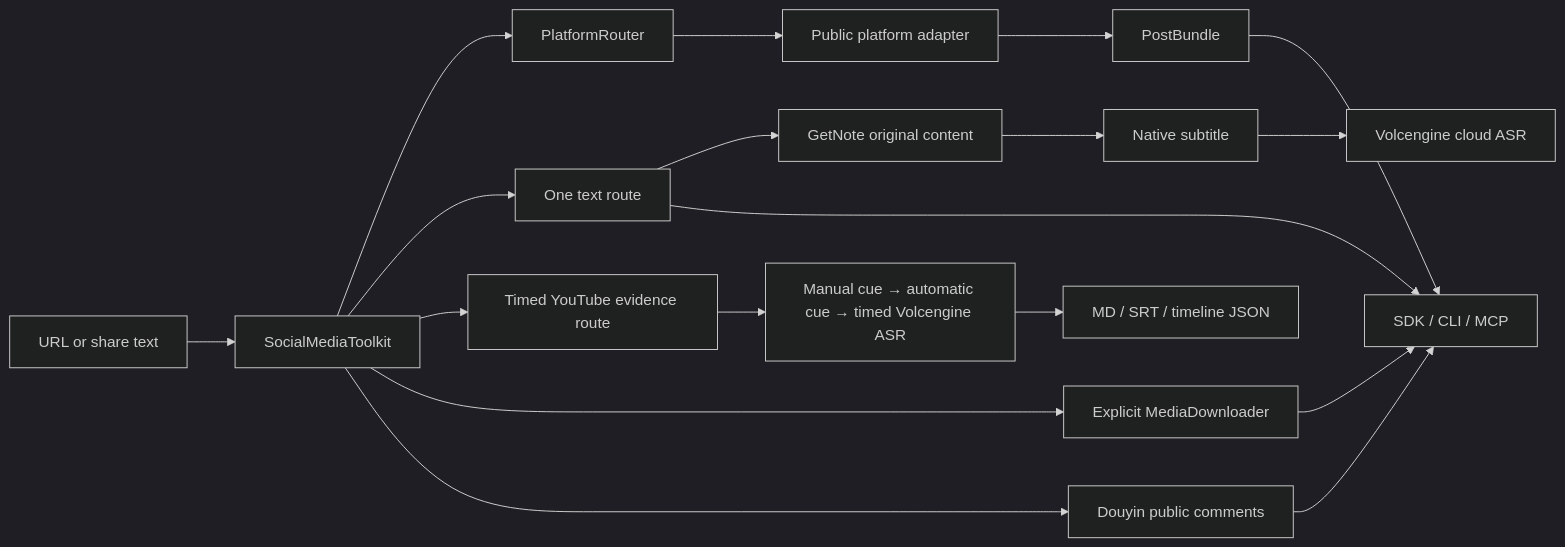
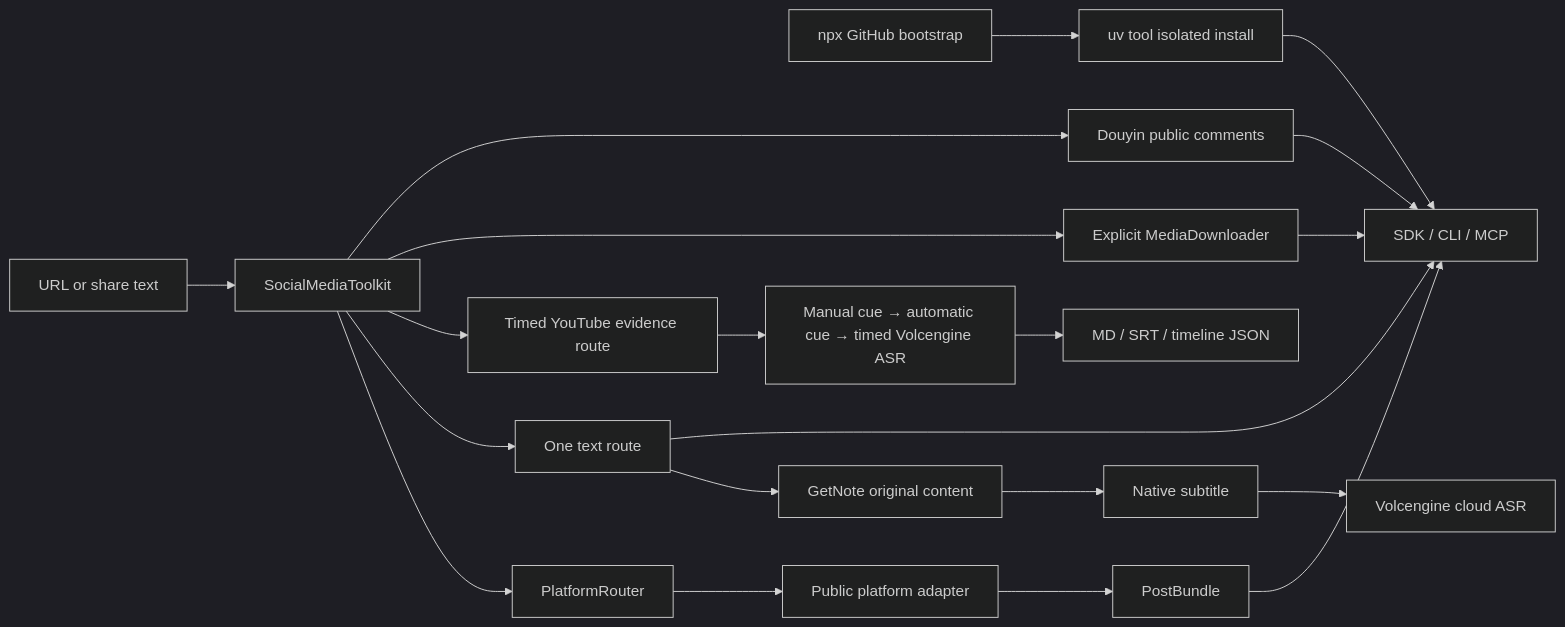
Before and after one commit to JNHFlow21/social-media-toolkit: the diagram in docs/architecture.md, drawn with Mermaid (dark theme). The commit also changed other lines of this file and 11 other files, not shown here.

````diff
--- a/docs/architecture.md
+++ b/docs/architecture.md
@@ -8,20 +8,22 @@
 ```mermaid
 flowchart LR
+    X["npx GitHub bootstrap"] --> I["uv tool isolated install"]
+    I --> O
     U["URL or share text"] --> S["SocialMediaToolkit"]
     S --> R["PlatformRouter"]
     R --> P["Public platform adapter"]
     P --> B["PostBundle"]
     S --> T["One text route"]
     T --> G["GetNote original content"]
     G --> N["Native subtitle"]
     N --> V["Volcengine cloud ASR"]
     S --> TT["Timed YouTube evidence route"]
     TT --> TC["Manual cue → automatic cue → timed Volcengine ASR"]
     TC --> A["MD / SRT / timeline JSON"]
     S --> D["Explicit MediaDownloader"]
     S --> C["Douyin public comments"]
     B --> O["SDK / CLI / MCP"]
     T --> O
     D --> O
     C --> O
 ```
````
